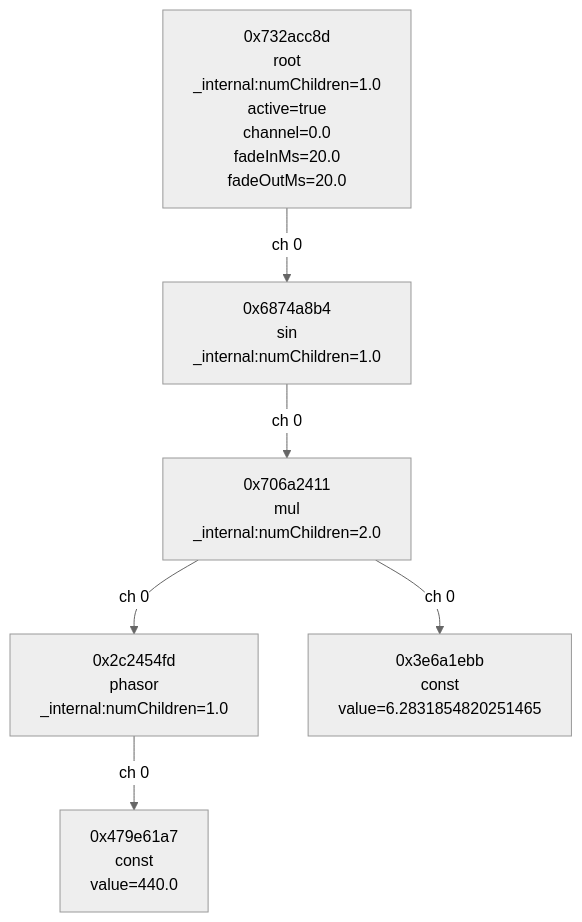
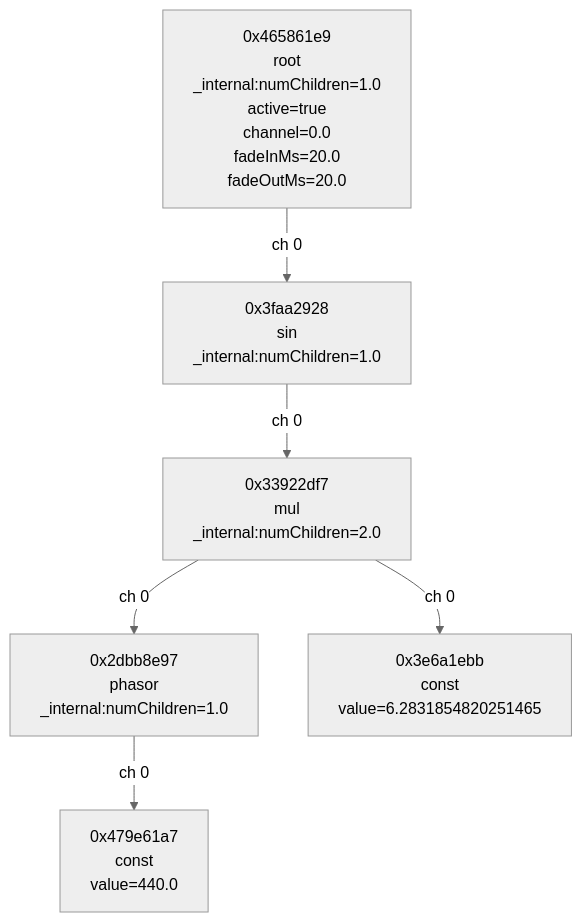
One commit to parkernilson/elementary changed the diagram in tests/snapshots/BasicSineWaveGraphNumericLiteral.snapshot.md. Above: the diagram before and after it, drawn with Mermaid (neutral theme). The commit also changed 4 other files, not shown here.

````diff
--- a/tests/snapshots/BasicSineWaveGraphNumericLiteral.snapshot.md
+++ b/tests/snapshots/BasicSineWaveGraphNumericLiteral.snapshot.md
@@ -1,14 +1,14 @@
 ```mermaid
 flowchart TD
-    n0x2c2454fd["0x2c2454fd<br/>phasor<br/>_internal:numChildren=1.0"]
+    n0x2dbb8e97["0x2dbb8e97<br/>phasor<br/>_internal:numChildren=1.0"]
+    n0x33922df7["0x33922df7<br/>mul<br/>_internal:numChildren=2.0"]
     n0x3e6a1ebb["0x3e6a1ebb<br/>const<br/>value=6.2831854820251465"]
+    n0x3faa2928["0x3faa2928<br/>sin<br/>_internal:numChildren=1.0"]
+    n0x465861e9["0x465861e9<br/>root<br/>_internal:numChildren=1.0<br/>active=true<br/>channel=0.0<br/>fadeInMs=20.0<br/>fadeOutMs=20.0"]
     n0x479e61a7["0x479e61a7<br/>const<br/>value=440.0"]
-    n0x6874a8b4["0x6874a8b4<br/>sin<br/>_internal:numChildren=1.0"]
-    n0x706a2411["0x706a2411<br/>mul<br/>_internal:numChildren=2.0"]
-    n0x732acc8d["0x732acc8d<br/>root<br/>_internal:numChildren=1.0<br/>active=true<br/>channel=0.0<br/>fadeInMs=20.0<br/>fadeOutMs=20.0"]
-    n0x2c2454fd -->|ch 0| n0x479e61a7
-    n0x6874a8b4 -->|ch 0| n0x706a2411
-    n0x706a2411 -->|ch 0| n0x3e6a1ebb
-    n0x706a2411 -->|ch 0| n0x2c2454fd
-    n0x732acc8d -->|ch 0| n0x6874a8b4
+    n0x2dbb8e97 -->|ch 0| n0x479e61a7
+    n0x33922df7 -->|ch 0| n0x3e6a1ebb
+    n0x33922df7 -->|ch 0| n0x2dbb8e97
+    n0x3faa2928 -->|ch 0| n0x33922df7
+    n0x465861e9 -->|ch 0| n0x3faa2928
 ```
````
